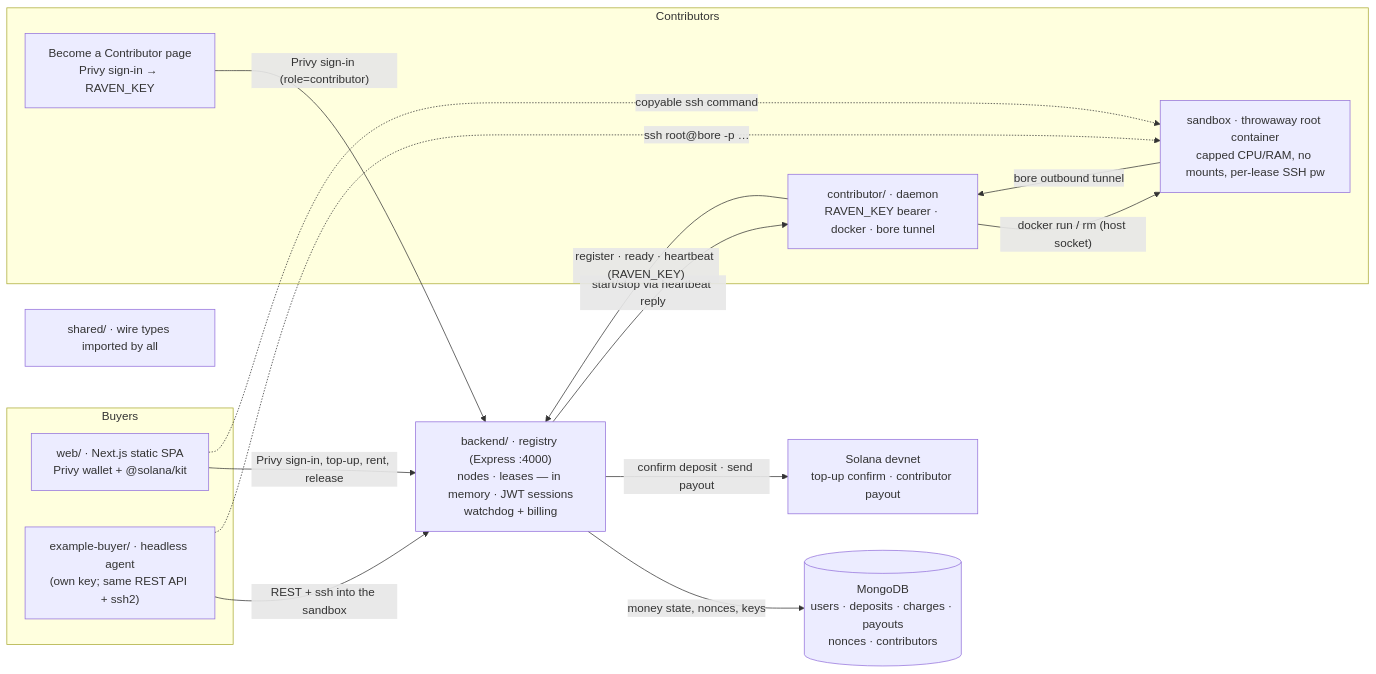
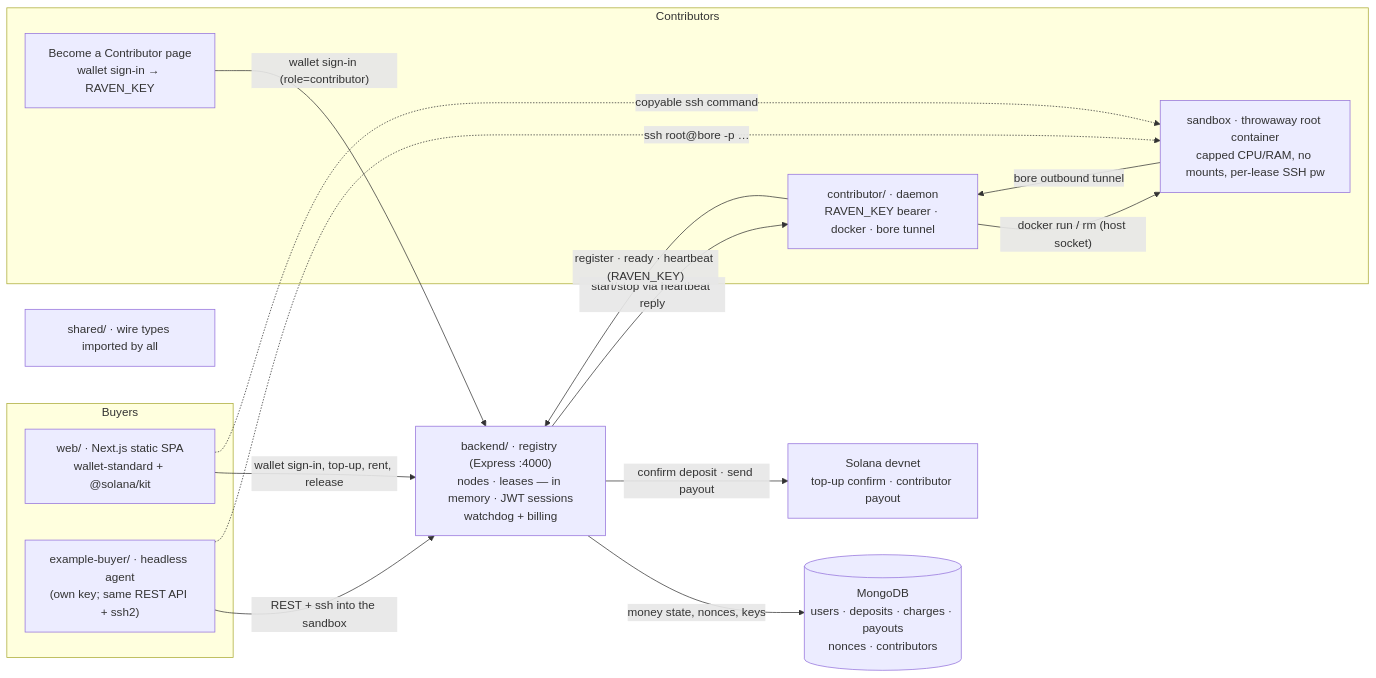
The diagram in README.md (Koushikmondal06/RAVEN), drawn with Mermaid before and after one commit. The commit also changed other lines of this file and 19 other files, not shown here.

````diff
--- a/README.md
+++ b/README.md
@@ -11,32 +11,32 @@
 ```mermaid
 flowchart LR
     subgraph buyers [Buyers]
-        web["web/ · Next.js static SPA<br/>Privy wallet + @solana/kit"]
+        web["web/ · Next.js static SPA<br/>wallet-standard + @solana/kit"]
         agent["example-buyer/ · headless agent<br/>(own key; same REST API + ssh2)"]
     end
 
     registry["backend/ · registry (Express :4000)<br/>nodes · leases — in memory · JWT sessions<br/>watchdog + billing"]
 
     subgraph contribs [Contributors]
-        onboarding["Become a Contributor page<br/>Privy sign-in → RAVEN_KEY"]
+        onboarding["Become a Contributor page<br/>wallet sign-in → RAVEN_KEY"]
         contributor["contributor/ · daemon<br/>RAVEN_KEY bearer · docker · bore tunnel"]
         sandbox["sandbox · throwaway root container<br/>capped CPU/RAM, no mounts, per-lease SSH pw"]
     end
 
     mongo[("MongoDB<br/>users · deposits · charges · payouts<br/>nonces · contributors")]
     solana["Solana devnet<br/>top-up confirm · contributor payout"]
 
-    web -- "Privy sign-in, top-up, rent, release" --> registry
-    onboarding -- "Privy sign-in (role=contributor)" --> registry
+    web -- "wallet sign-in, top-up, rent, release" --> registry
+    onboarding -- "wallet sign-in (role=contributor)" --> registry
     agent -- "REST + ssh into the sandbox" --> registry
     registry -- "money state, nonces, keys" --> mongo
     registry -- "confirm deposit · send payout" --> solana
     registry -- "start/stop via heartbeat reply" --> contributor
     contributor -- "register · ready · heartbeat (RAVEN_KEY)" --> registry
     contributor -- "docker run / rm (host socket)" --> sandbox
     sandbox -- "bore outbound tunnel" --> contributor
     agent -. "ssh root@bore -p …" .-> sandbox
     web -. "copyable ssh command" .-> sandbox
 
     shared["shared/ · wire types imported by all"]
 ```
````
